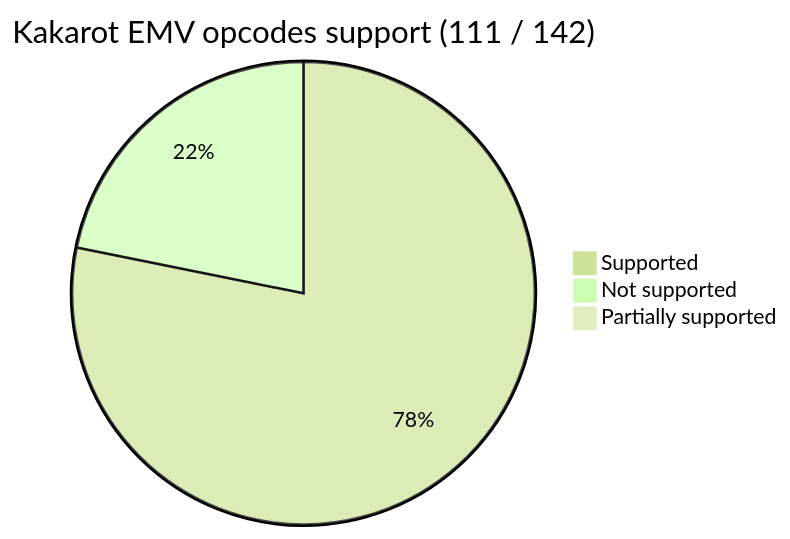
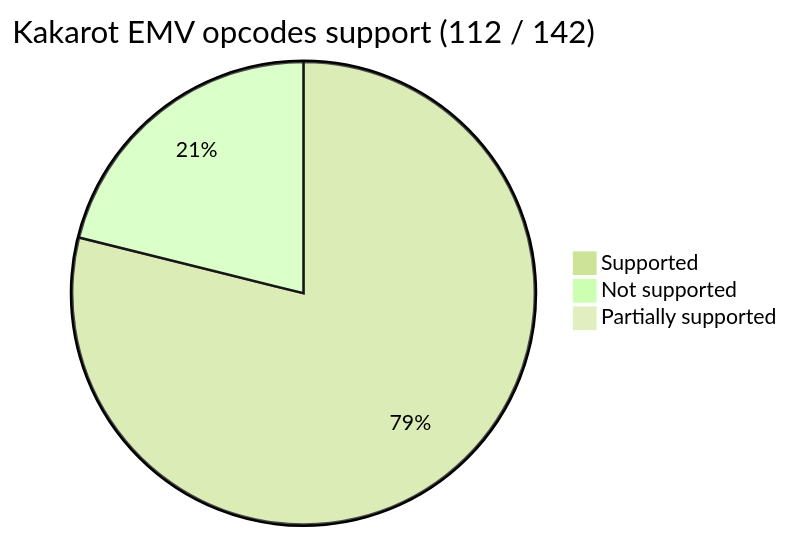
One commit to kkrt-labs/kakarot changed the first of 2 diagrams in README.md. Above: the diagram before and after it, drawn with Mermaid. The commit also changed 1 other file, not shown here.

Commit message:
Readme and supported_opcodes file update

````diff
--- a/README.md
+++ b/README.md
@@ -38,9 +38,9 @@
 ```mermaid
 %%{init: {'theme': 'forest', 'themeVariables': { 'darkMode': 'false'}}}%%
 
-pie title Kakarot EMV opcodes support (111 / 142)
-    "Supported" : 111
-    "Not supported" : 31
+pie title Kakarot EMV opcodes support (112 / 142)
+    "Supported" : 112
+    "Not supported" : 30
 
     "Partially supported" : 0
 ```
````
